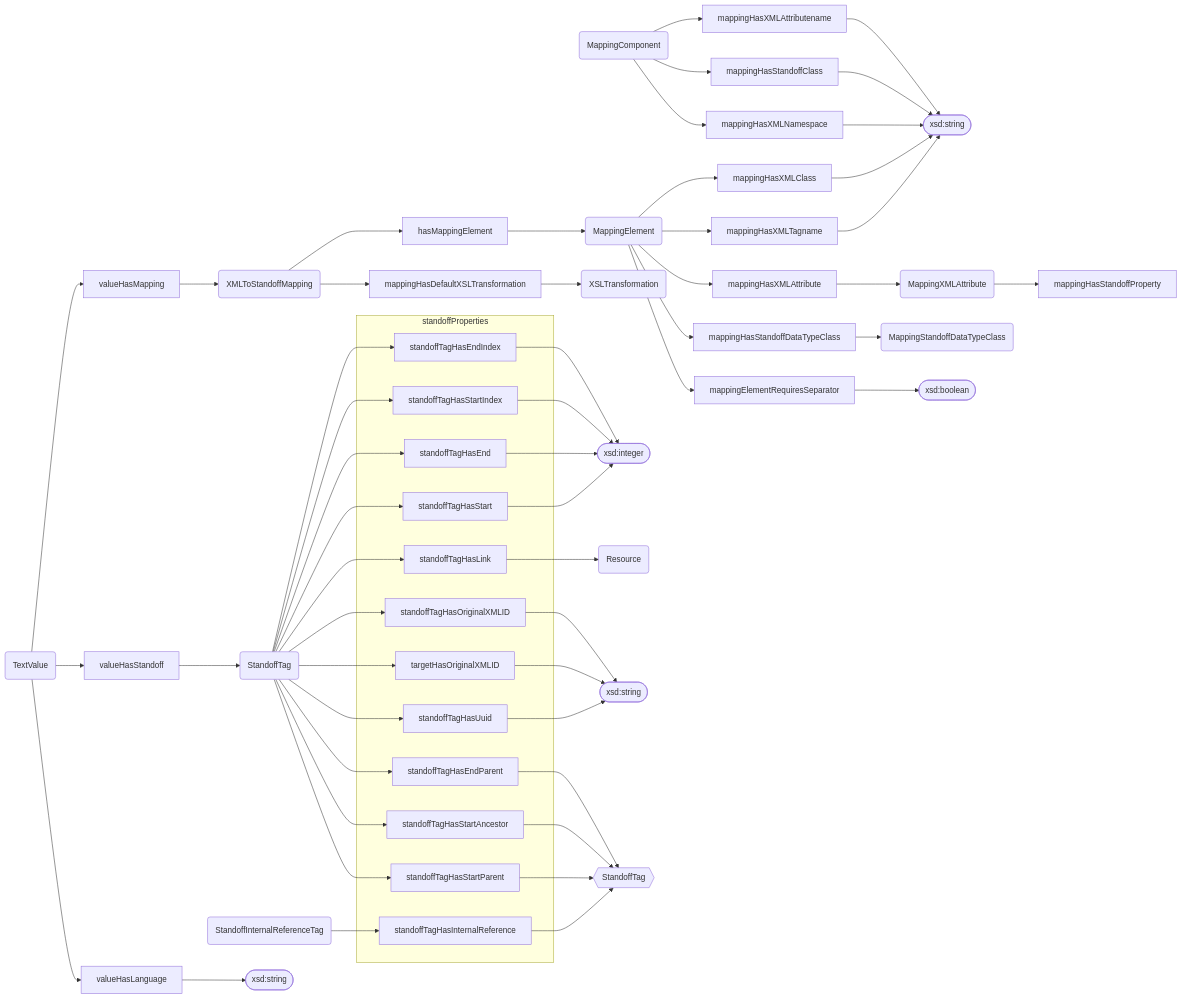
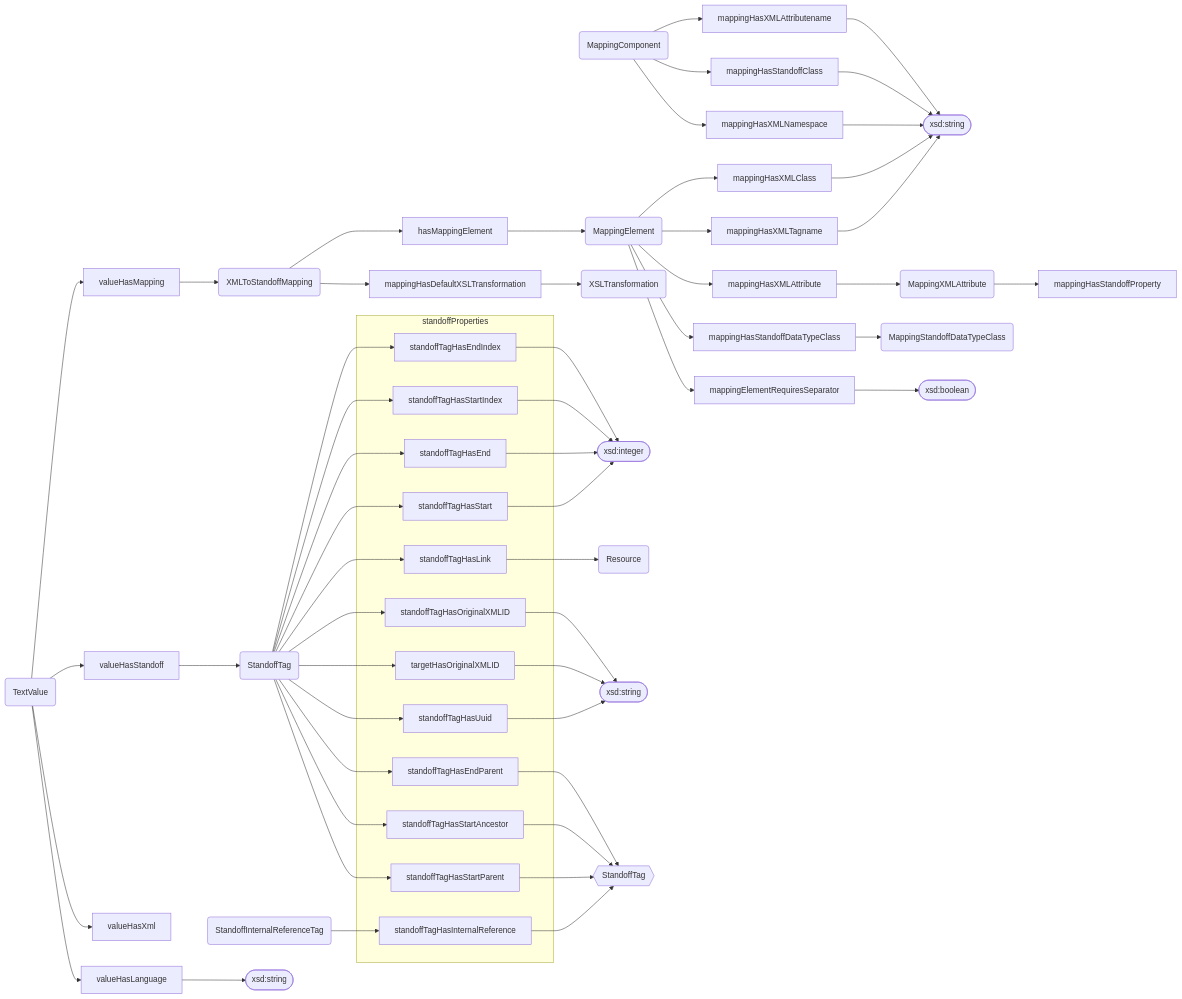
One commit to dasch-swiss/dsp-api changed the seventh of 9 diagrams in docs/05-internals/design/domain/class-and-property-hierarchies.md. Above: the diagram before and after it, drawn with Mermaid. The commit also changed other lines of this file and 1 other file, not shown here.

First line of the commit message:
docs: document the valueHasXml predicate on TextValue (DEV-7325)

````diff
--- a/docs/05-internals/design/domain/class-and-property-hierarchies.md
+++ b/docs/05-internals/design/domain/class-and-property-hierarchies.md
@@ -462,66 +464,67 @@
 ```mermaid
 flowchart LR
   %% Classes
   MappingComponent(MappingComponent)
   MappingElement(MappingElement)
   MappingXMLAttribute(MappingXMLAttribute)
   MappingStandoffDataTypeClass(MappingStandoffDataTypeClass)
   TextValue(TextValue)
   XMLToStandoffMapping(XMLToStandoffMapping)
   XSLTransformation(XSLTransformation)
   StandoffTag(StandoffTag)
   StandoffInternalReferenceTag(StandoffInternalReferenceTag)
   Resource(Resource)
 
   %% Duplicates
   _StandoffTag{{StandoffTag}}
 
   %% Values
   string1([xsd:string])
   string2([xsd:string])
   string3([xsd:string])
   boolean1([xsd:boolean])
   integer1([xsd:integer])
 
   %% Relations
   TextValue --> valueHasMapping --> XMLToStandoffMapping
   XMLToStandoffMapping --> hasMappingElement --> MappingElement
   XMLToStandoffMapping --> mappingHasDefaultXSLTransformation --> XSLTransformation
   TextValue --> valueHasStandoff --> StandoffTag
+  TextValue --> valueHasXml
   subgraph standoffProperties
     standoffTagHasEndIndex
     standoffTagHasStartIndex
     standoffTagHasEnd
     standoffTagHasStart
     standoffTagHasLink
     standoffTagHasOriginalXMLID
     targetHasOriginalXMLID
     standoffTagHasUuid
     standoffTagHasEndParent
     standoffTagHasStartAncestor
     standoffTagHasStartParent
     standoffTagHasInternalReference
   end
   StandoffTag --> standoffTagHasEndIndex --> integer1
   StandoffTag --> standoffTagHasStartIndex --> integer1
   StandoffTag --> standoffTagHasEnd --> integer1
   StandoffTag --> standoffTagHasStart --> integer1
   StandoffTag --> standoffTagHasLink --> Resource
   StandoffTag --> standoffTagHasOriginalXMLID --> string2
   StandoffTag --> targetHasOriginalXMLID --> string2
   StandoffTag --> standoffTagHasUuid --> string2
   StandoffTag --> standoffTagHasEndParent --> _StandoffTag
   StandoffTag --> standoffTagHasStartAncestor --> _StandoffTag
   StandoffTag --> standoffTagHasStartParent --> _StandoffTag
   StandoffInternalReferenceTag --> standoffTagHasInternalReference --> _StandoffTag
   TextValue --> valueHasLanguage --> string3
 
   MappingComponent --> mappingHasXMLAttributename --> string1
   MappingComponent --> mappingHasStandoffClass --> string1
   MappingComponent --> mappingHasXMLNamespace --> string1
   MappingElement --> mappingHasXMLClass --> string1
   MappingElement --> mappingHasXMLTagname --> string1
   MappingElement --> mappingHasXMLAttribute --> MappingXMLAttribute --> mappingHasStandoffProperty
   MappingElement --> mappingHasStandoffDataTypeClass --> MappingStandoffDataTypeClass
   MappingElement --> mappingElementRequiresSeparator --> boolean1
 ```
````
